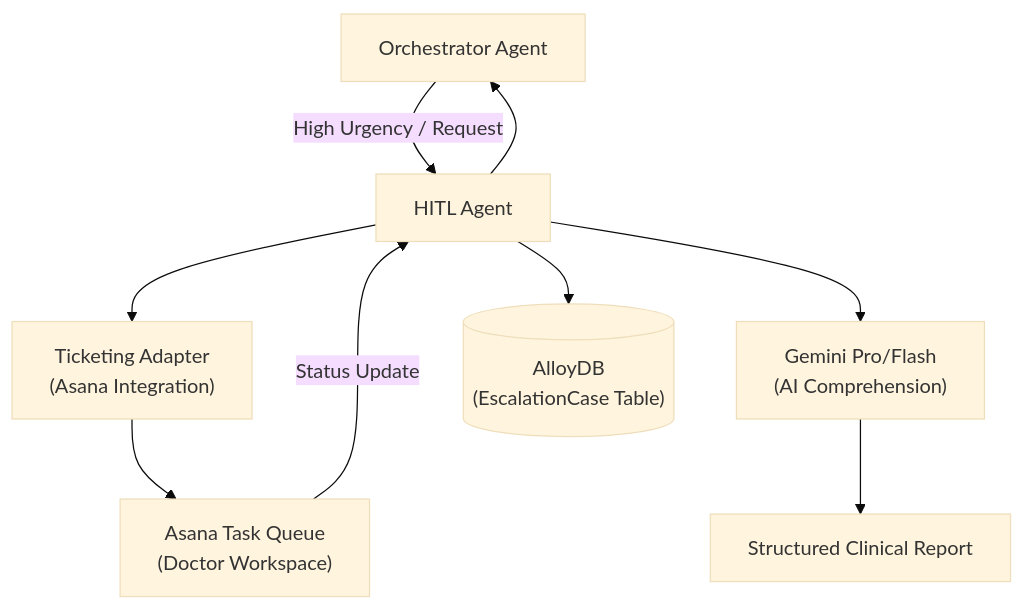
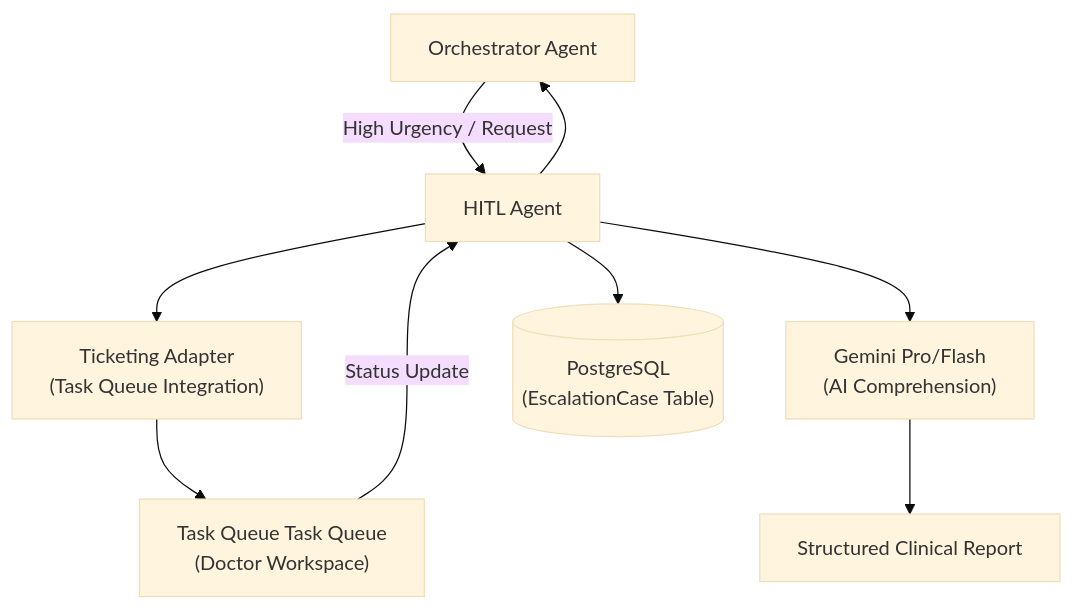
One commit to shreeshbhat04-ctrl/NEXUS-AI- changed the diagram in docs/Agent_Digrams/hitl_agent.md. Above: the diagram before and after it, drawn with Mermaid (base theme). The commit also changed other lines of this file and 134 other files, not shown here.

````diff
--- a/docs/Agent_Digrams/hitl_agent.md
+++ b/docs/Agent_Digrams/hitl_agent.md
@@ -16,14 +16,14 @@
 ```mermaid
 graph TD
     OA["Orchestrator Agent"] -->|"High Urgency / Request"| HA["HITL Agent"]
-    HA --> TA["Ticketing Adapter<br/>(Asana Integration)"]
-    TA --> AS["Asana Task Queue<br/>(Doctor Workspace)"]
+    HA --> TA["Ticketing Adapter<br/>(Task Queue Integration)"]
+    TA --> AS["Task Queue Task Queue<br/>(Doctor Workspace)"]
     
     HA --> GEM["Gemini Pro/Flash<br/>(AI Comprehension)"]
     GEM --> REP["Structured Clinical Report"]
     
-    HA --> DB[("AlloyDB<br/>(EscalationCase Table)")]
+    HA --> DB[("PostgreSQL<br/>(EscalationCase Table)")]
     
     AS -->|"Status Update"| HA
     HA --> OA
 ```
````
